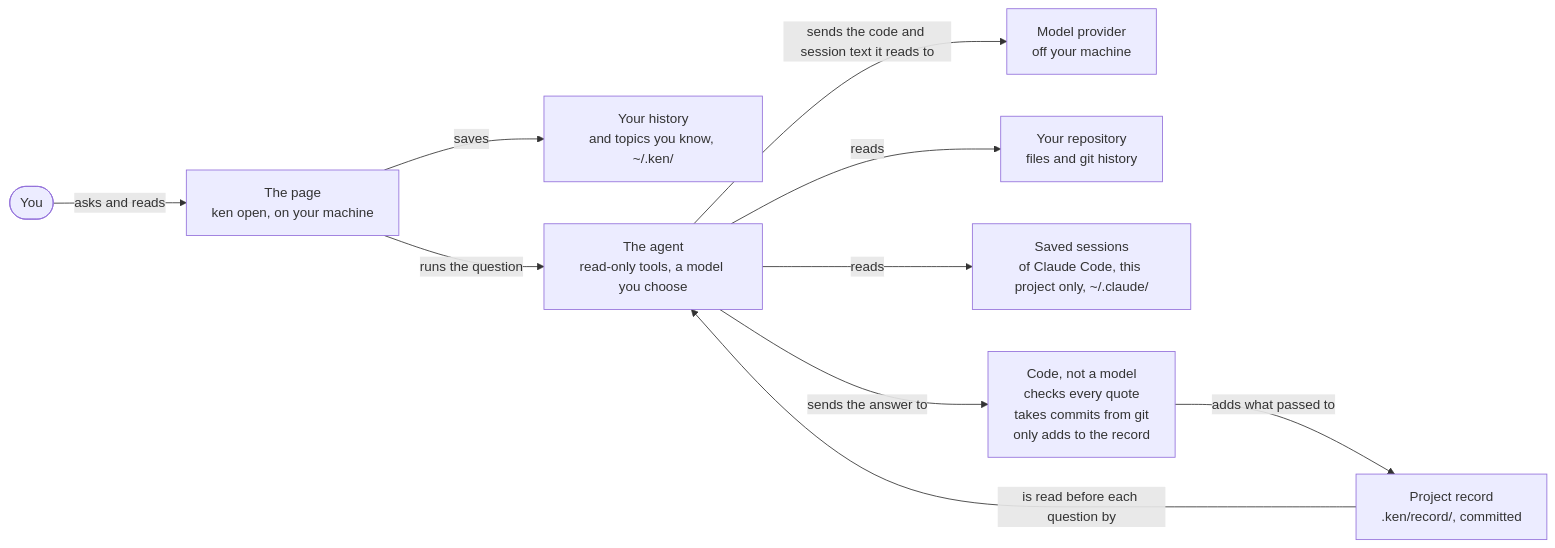
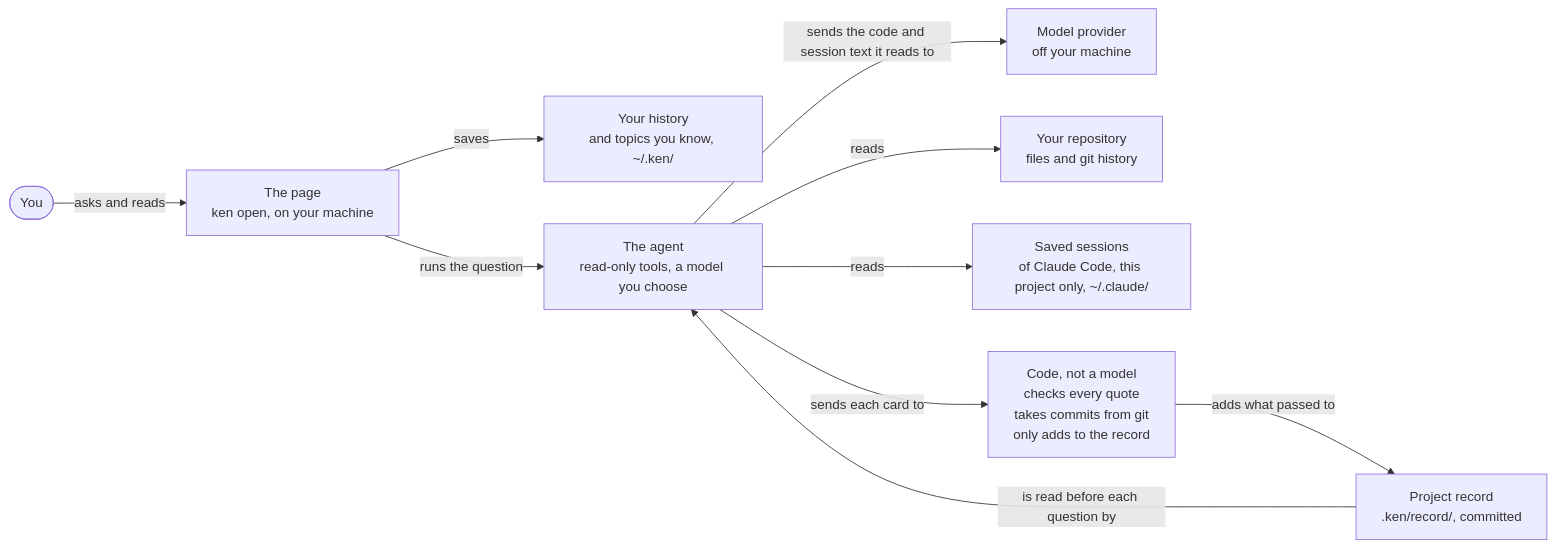
Before and after one commit to krimvp/ken: the diagram in README.md, drawn with Mermaid. The commit also changed other lines of this file and 2 other files, not shown here.

````diff
--- a/README.md
+++ b/README.md
@@ -146,21 +146,21 @@
 ```mermaid
 flowchart LR
   reader(["You"])
   page["The page<br/>ken open, on your machine"]
   history["Your history<br/>and topics you know, ~/.ken/"]
   agent["The agent<br/>read-only tools, a model you choose"]
   provider["Model provider<br/>off your machine"]
   repo["Your repository<br/>files and git history"]
   sessions["Saved sessions<br/>of Claude Code, this project only, ~/.claude/"]
   checks["Code, not a model<br/>checks every quote<br/>takes commits from git<br/>only adds to the record"]
   record["Project record<br/>.ken/record/, committed"]
   reader -->|asks and reads| page
   page -->|saves| history
   page -->|runs the question| agent
   agent -->|sends the code and session text it reads to| provider
   agent -->|reads| repo
   agent -->|reads| sessions
-  agent -->|sends the answer to| checks
+  agent -->|sends each card to| checks
   checks -->|adds what passed to| record
   record -->|is read before each question by| agent
 ```
````
